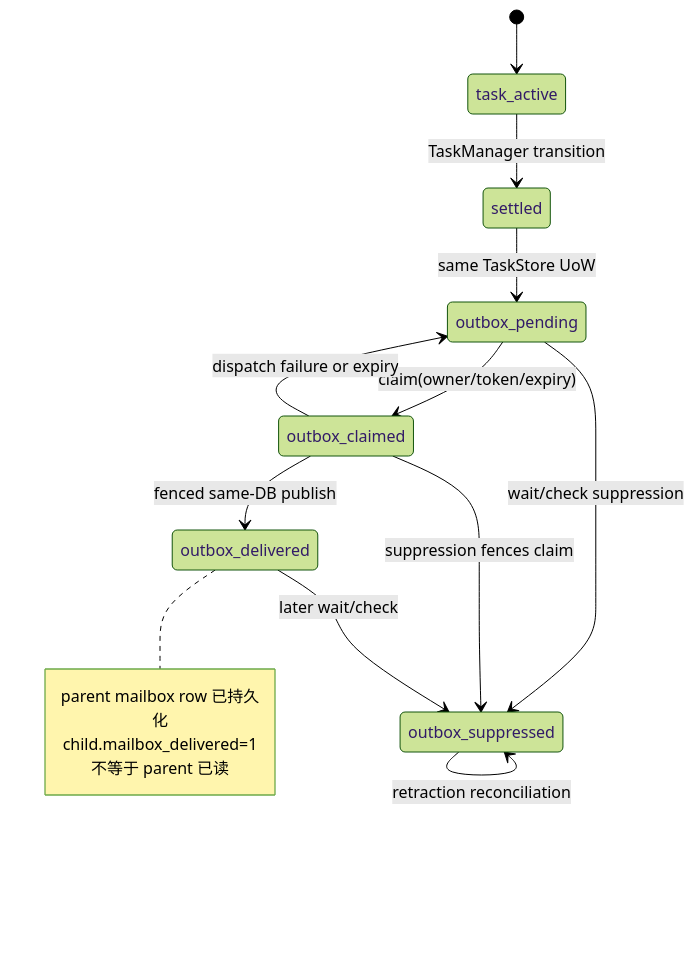
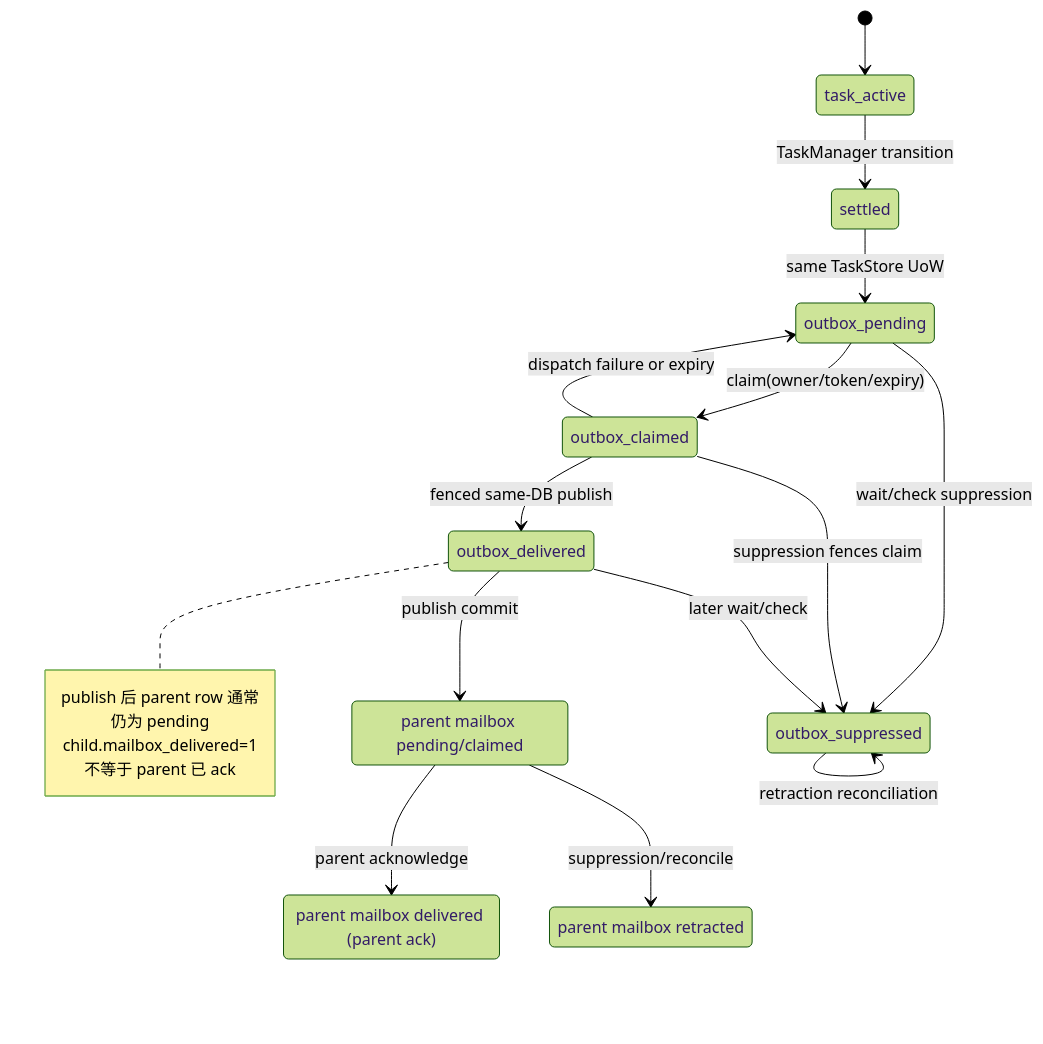
Before and after one commit to ccpowe/ruyi-agent: the second of 2 diagrams in docs/systems/task-mailbox-settlement.md, drawn with Mermaid (forest theme). The commit also changed other lines of this file, not shown here.

Commit message:
docs: clarify mailbox claim recovery and suppression

````diff
--- a/docs/systems/task-mailbox-settlement.md
+++ b/docs/systems/task-mailbox-settlement.md
@@ -193,19 +207,26 @@
 ```mermaid
 stateDiagram-v2
     [*] --> task_active
     task_active --> settled: TaskManager transition
     settled --> outbox_pending: same TaskStore UoW
     outbox_pending --> outbox_claimed: claim(owner/token/expiry)
     outbox_claimed --> outbox_pending: dispatch failure or expiry
     outbox_claimed --> outbox_delivered: fenced same-DB publish
     outbox_pending --> outbox_suppressed: wait/check suppression
     outbox_claimed --> outbox_suppressed: suppression fences claim
     outbox_delivered --> outbox_suppressed: later wait/check
     outbox_suppressed --> outbox_suppressed: retraction reconciliation
 
+    state "parent mailbox pending/claimed" as mailbox_live
+    state "parent mailbox delivered (parent ack)" as mailbox_acked
+    state "parent mailbox retracted" as mailbox_retracted
+    outbox_delivered --> mailbox_live: publish commit
+    mailbox_live --> mailbox_acked: parent acknowledge
+    mailbox_live --> mailbox_retracted: suppression/reconcile
+
     note right of outbox_delivered
-      parent mailbox row 已持久化
+      publish 后 parent row 通常仍为 pending
       child.mailbox_delivered=1
-      不等于 parent 已读
+      不等于 parent 已 ack
     end note
 ```
````
